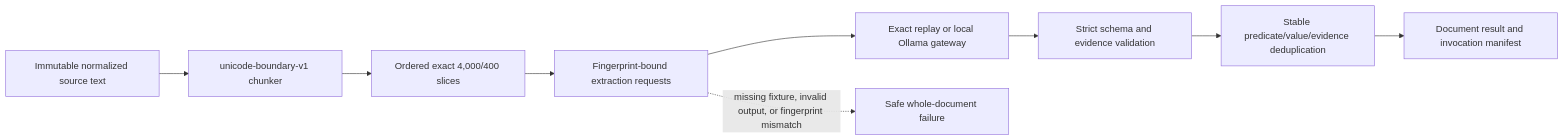
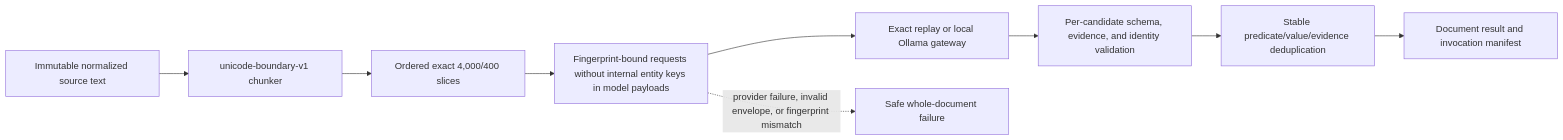
Before and after one commit to Wenqi77Zhang/GameCrafter-Agent: diagram 14 of 27 in docs/architecture/system-architecture.md, drawn with Mermaid. The commit also changed other lines of this file and 30 other files, not shown here.

````diff
--- a/docs/architecture/system-architecture.md
+++ b/docs/architecture/system-architecture.md
@@ -481,15 +484,15 @@
 ```mermaid
 flowchart LR
     DOCUMENT["Immutable normalized source text"]
     CHUNKER["unicode-boundary-v1 chunker"]
     CHUNKS["Ordered exact 4,000/400 slices"]
-    REQUESTS["Fingerprint-bound extraction requests"]
+    REQUESTS["Fingerprint-bound requests without internal entity keys in model payloads"]
     GATEWAY["Exact replay or local Ollama gateway"]
-    VALIDATE["Strict schema and evidence validation"]
+    VALIDATE["Per-candidate schema, evidence, and identity validation"]
     DEDUPE["Stable predicate/value/evidence deduplication"]
     MANIFEST["Document result and invocation manifest"]
     FAIL["Safe whole-document failure"]
 
     DOCUMENT --> CHUNKER --> CHUNKS --> REQUESTS --> GATEWAY --> VALIDATE --> DEDUPE --> MANIFEST
-    REQUESTS -. "missing fixture, invalid output, or fingerprint mismatch" .-> FAIL
+    REQUESTS -. "provider failure, invalid envelope, or fingerprint mismatch" .-> FAIL
 ```
````
